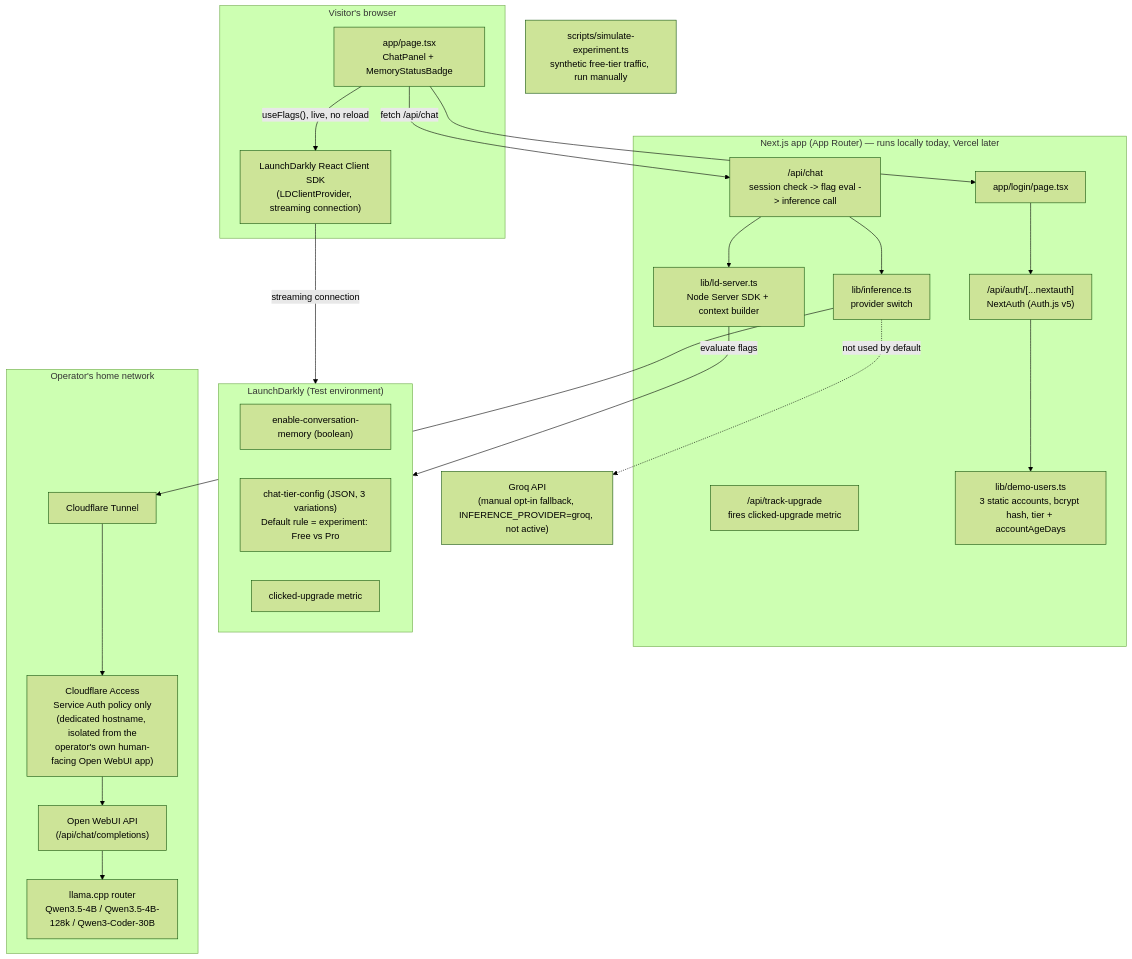
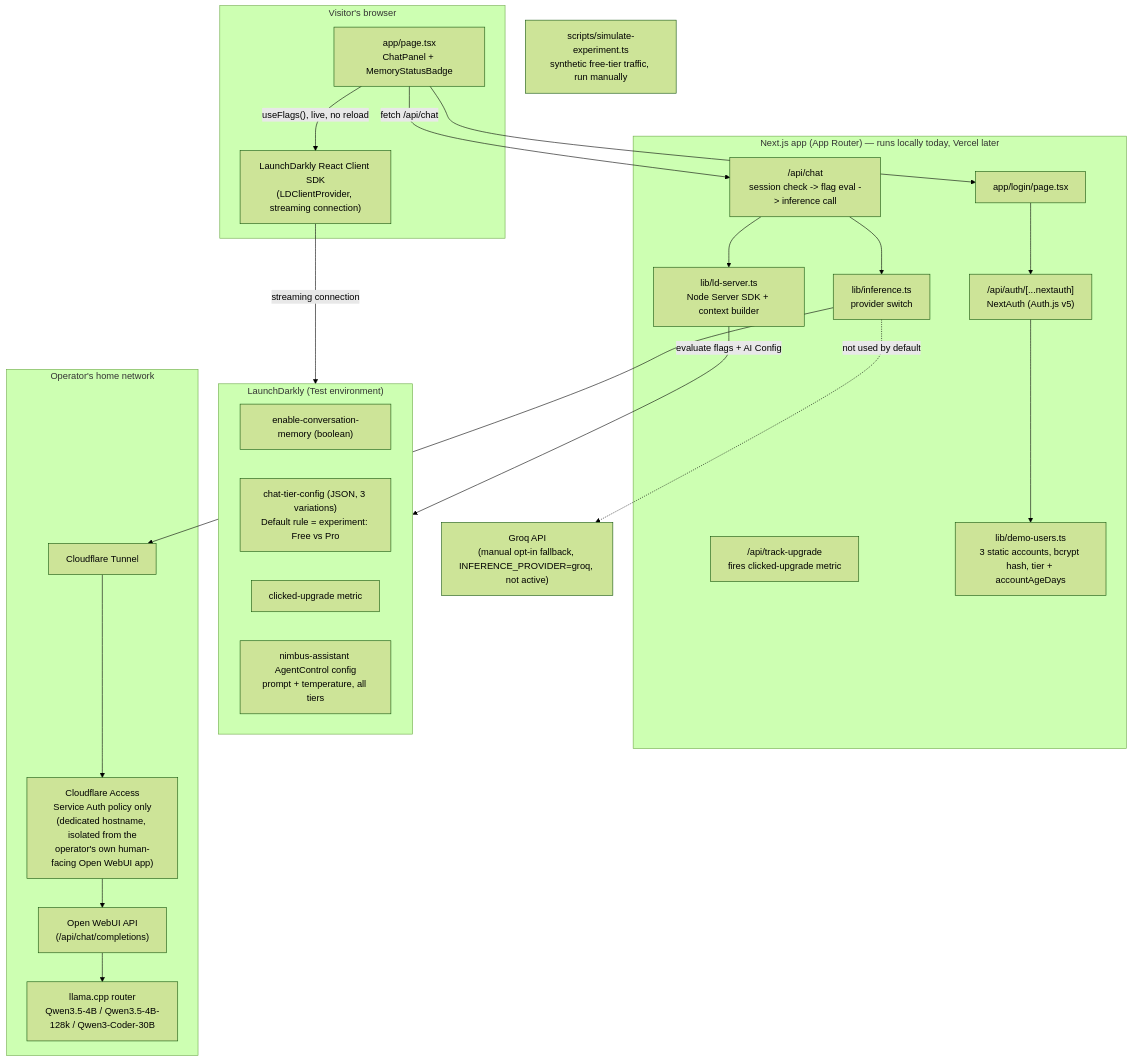
One commit to hiddenintel-rc/nimbus-ai-sample changed the diagram in docs/ARCHITECTURE.md. Above: the diagram before and after it, drawn with Mermaid (forest theme). The commit also changed other lines of this file and 7 other files, not shown here.

First line of the commit message:
Add AI Configs (AgentControl) for prompt/temperature tuning

````diff
--- a/docs/ARCHITECTURE.md
+++ b/docs/ARCHITECTURE.md
@@ -41,46 +41,47 @@
 ```mermaid
 flowchart TB
     subgraph Browser["Visitor's browser"]
         UI["app/page.tsx<br/>ChatPanel + MemoryStatusBadge"]
         ClientSDK["LaunchDarkly React Client SDK<br/>(LDClientProvider, streaming connection)"]
     end
 
     subgraph App["Next.js app (App Router) — runs locally today, Vercel later"]
         LoginPage["app/login/page.tsx"]
         AuthRoute["/api/auth/[...nextauth]<br/>NextAuth (Auth.js v5)"]
         ChatRoute["/api/chat<br/>session check -> flag eval -> inference call"]
         TrackRoute["/api/track-upgrade<br/>fires clicked-upgrade metric"]
         LDServerLib["lib/ld-server.ts<br/>Node Server SDK + context builder"]
         InferenceLib["lib/inference.ts<br/>provider switch"]
         DemoUsers["lib/demo-users.ts<br/>3 static accounts, bcrypt hash, tier + accountAgeDays"]
     end
 
     subgraph LD["LaunchDarkly (Test environment)"]
         FlagMem["enable-conversation-memory (boolean)"]
         FlagTier["chat-tier-config (JSON, 3 variations)<br/>Default rule = experiment: Free vs Pro"]
         Metric["clicked-upgrade metric"]
+        AiConfig["nimbus-assistant AgentControl config<br/>prompt + temperature, all tiers"]
     end
 
     Simulator["scripts/simulate-experiment.ts<br/>synthetic free-tier traffic, run manually"]
 
     subgraph Home["Operator's home network"]
         Tunnel["Cloudflare Tunnel"]
         Access["Cloudflare Access<br/>Service Auth policy only<br/>(dedicated hostname, isolated from the<br/>operator's own human-facing Open WebUI app)"]
         OWUI["Open WebUI API<br/>(/api/chat/completions)"]
         Llama["llama.cpp router<br/>Qwen3.5-4B / Qwen3.5-4B-128k / Qwen3-Coder-30B"]
     end
 
     Groq["Groq API<br/>(manual opt-in fallback, INFERENCE_PROVIDER=groq, not active)"]
 
     UI -->|"useFlags(), live, no reload"| ClientSDK
     ClientSDK -->|"streaming connection"| LD
     UI --> LoginPage
     UI -->|"fetch /api/chat"| ChatRoute
     LoginPage --> AuthRoute
     ChatRoute --> LDServerLib
-    LDServerLib -->|"evaluate flags"| LD
+    LDServerLib -->|"evaluate flags + AI Config"| LD
     ChatRoute --> InferenceLib
     AuthRoute --> DemoUsers
     InferenceLib --> Tunnel --> Access --> OWUI --> Llama
     InferenceLib -.->|"not used by default"| Groq
 ```
````
